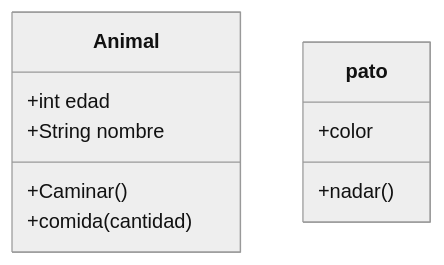
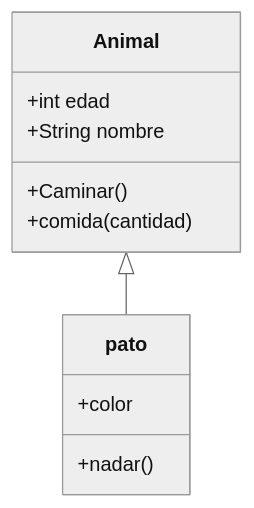
Before and after one commit to Riscanevo666/Diagrama-clases: the diagram in README.md, drawn with Mermaid (neutral theme).

Commit message:
Fix formatting issues in README.md

````diff
--- a/README.md
+++ b/README.md
@@ -2,15 +2,16 @@
 ```mermaid
  classDiagram
    class Animal
    Animal: +int edad
    Animal: +String nombre
    Animal: +Caminar() 
    Animal: +comida(cantidad) 
 
      class pato{
             +color
             +nadar()
         
      }
+     Animal<|-- pato 
 
 ```
````
